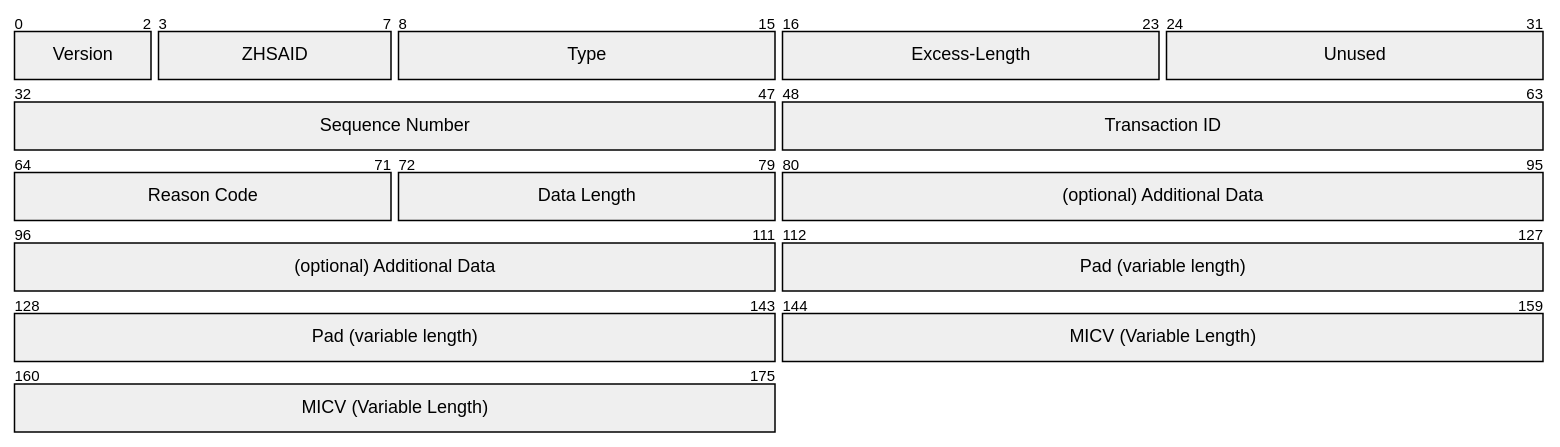
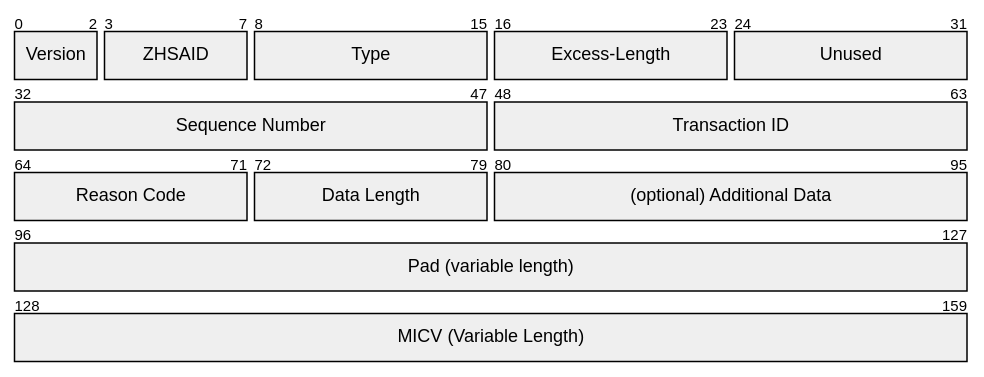
Before and after one commit to org-zpr/zpr-rfcs: diagram 13 of 44 in src/17-ZPR-Data-Protocol/body.md, drawn with Mermaid. The commit also changed other lines of this file, not shown here.

Commit message:
Make packet diagrams a readable size

````diff
--- a/src/17-ZPR-Data-Protocol/body.md
+++ b/src/17-ZPR-Data-Protocol/body.md
@@ -2476,16 +2498,22 @@
 ``` mermaid
+---
+config:
+  themeCSS: ".packetLabel { font-size: 14px } .packetByte { font-size: 11px }"
+  packet:
+    bitWidth: 20
+---
 %%| fig-cap: Terminate Indication and Request Management Message Data formats
 packet
 +3: "Version"
 +5: "ZHSAID"
 +8: "Type"
 +8: "Excess-Length"
 +8: "Unused"
 +16: "Sequence Number"
 +16: "Transaction ID"
 +8: "Reason Code"
 +8: "Data Length"
-+32: "(optional) Additional Data"
++16: "(optional) Additional Data"
 +32: "Pad (variable length)"
 +32: "MICV (Variable Length)"
 ```
````
